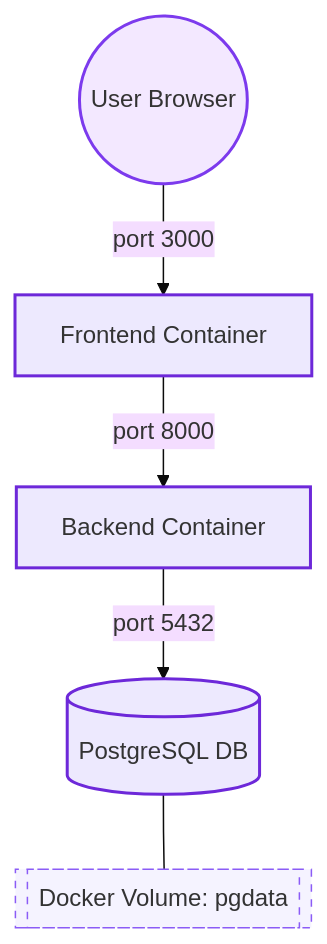
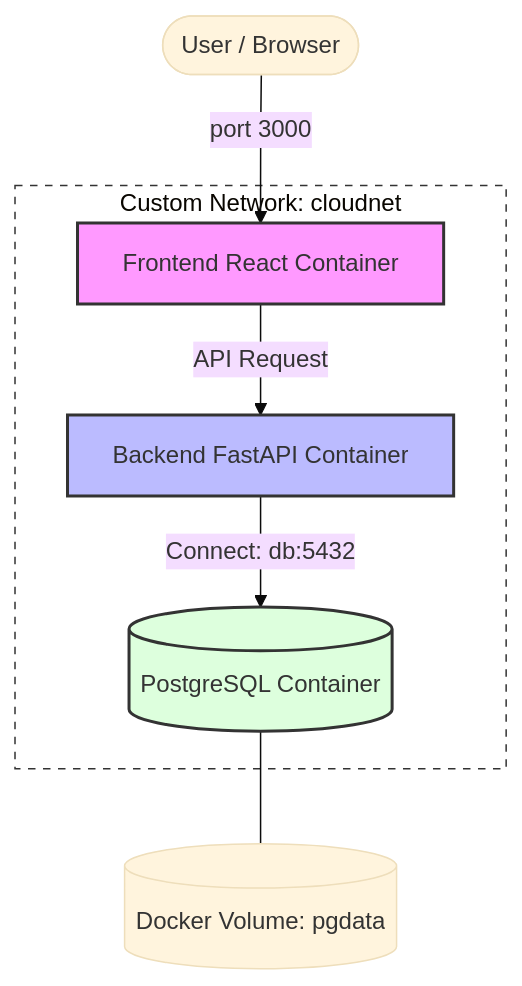
Before and after one commit to aidilsaputrakirsan-classroom/cc-kelompok-harahetta-2: the diagram in docs/docker-architecture.md, drawn with Mermaid (base theme).

Commit message:
update diagram mermaid

````diff
--- a/docs/docker-architecture.md
+++ b/docs/docker-architecture.md
@@ -11,13 +11,26 @@
 ```mermaid
 graph TD
-    User((User Browser)) -- port 3000 --> Frontend[Frontend Container]
-    Frontend -- port 8000 --> Backend[Backend Container]
-    Backend -- port 5432 --> Database[(PostgreSQL DB)]
-    Database --- Volume[[Docker Volume: pgdata]]
+    User([User / Browser])
+    
+    subgraph Docker_Network [Custom Network: cloudnet]
+        FE[Frontend React Container]
+        BE[Backend FastAPI Container]
+        DB[(PostgreSQL Container)]
+    end
 
-    style User fill:#F3E8FF,stroke:#7C3AED,stroke-width:2px
-    style Frontend fill:#EDE9FE,stroke:#6D28D9,stroke-width:2px
-    style Backend fill:#EDE9FE,stroke:#6D28D9,stroke-width:2px
-    style Database fill:#EDE9FE,stroke:#6D28D9,stroke-width:2px
-    style Volume fill:#F5F3FF,stroke:#8B5CF6,stroke-dasharray:5 5
+    Vol[(Docker Volume: pgdata)]
+
+    %% Aliran Data
+    User -- port 3000 --> FE
+    FE -- API Request --> BE
+    BE -- Connect: db:5432 --> DB
+    
+    %% Relasi ke Volume
+    DB --- Vol
+
+    %% Styling (Opsional untuk mempercantik)
+    style FE fill:#f9f,stroke:#333,stroke-width:2px
+    style BE fill:#bbf,stroke:#333,stroke-width:2px
+    style DB fill:#dfd,stroke:#333,stroke-width:2px
+    style Docker_Network fill:#fff,stroke:#333,stroke-dasharray: 5 5
 ```
````
